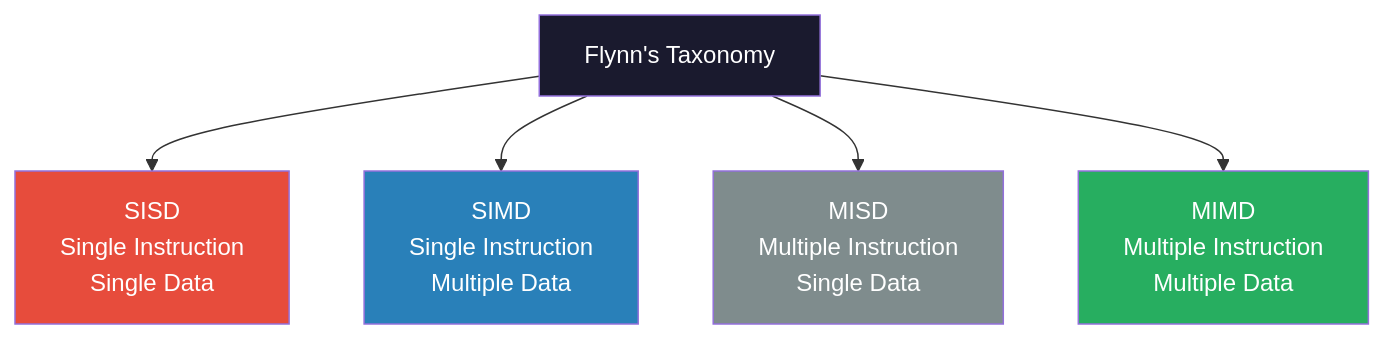
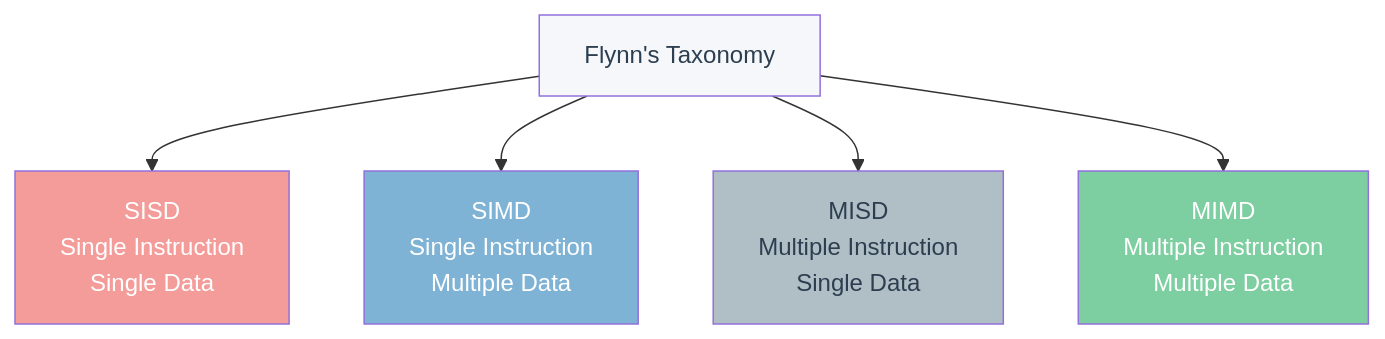
One commit to Dharani9018/Academic_stuff changed the fifth of 20 diagrams in sem4/MPCA/U4/README.md. Above: the diagram before and after it, drawn with Mermaid. The commit also changed other lines of this file and 3 other files, not shown here.

````diff
--- a/sem4/MPCA/U4/README.md
+++ b/sem4/MPCA/U4/README.md
@@ -234,13 +234,13 @@
 ```mermaid
 graph TD
-    style FLYNNS fill:#1a1a2e,color:#fff
-    style SISD fill:#e74c3c,color:#fff
-    style SIMD fill:#2980b9,color:#fff
-    style MISD fill:#7f8c8d,color:#fff
-    style MIMD fill:#27ae60,color:#fff
+    style FLYNNS fill:#f5f7fa,color:#2c3e50
+    style SISD fill:#f49c9a,color:#fff
+    style SIMD fill:#7fb3d5,color:#fff
+    style MISD fill:#b0bec5,color:#2c3e50
+    style MIMD fill:#7dcea0,color:#fff
 
     FLYNNS[Flynn's Taxonomy] --> SISD[SISD\nSingle Instruction\nSingle Data]
     FLYNNS --> SIMD[SIMD\nSingle Instruction\nMultiple Data]
     FLYNNS --> MISD[MISD\nMultiple Instruction\nSingle Data]
     FLYNNS --> MIMD[MIMD\nMultiple Instruction\nMultiple Data]
 ```
````
